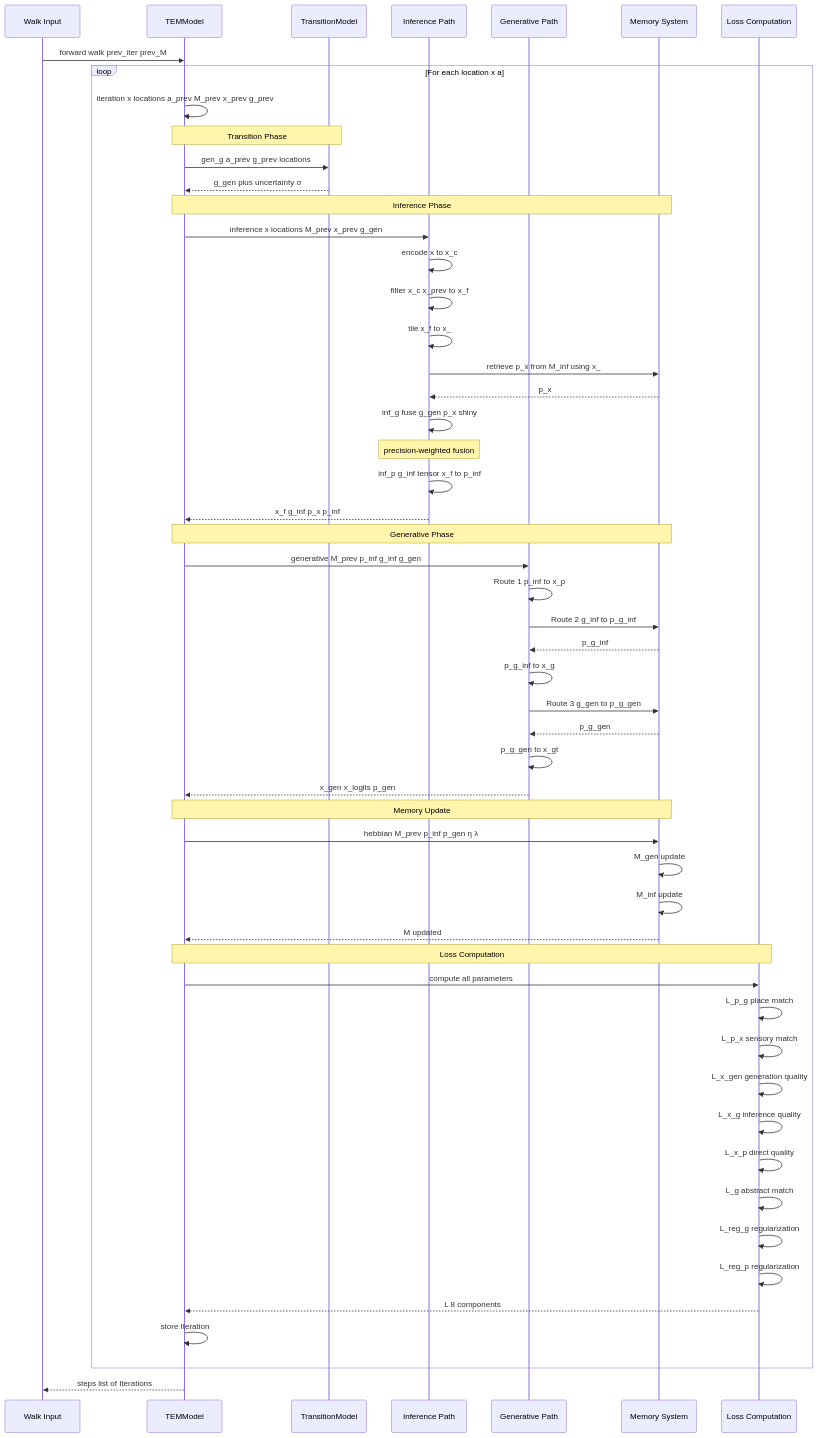
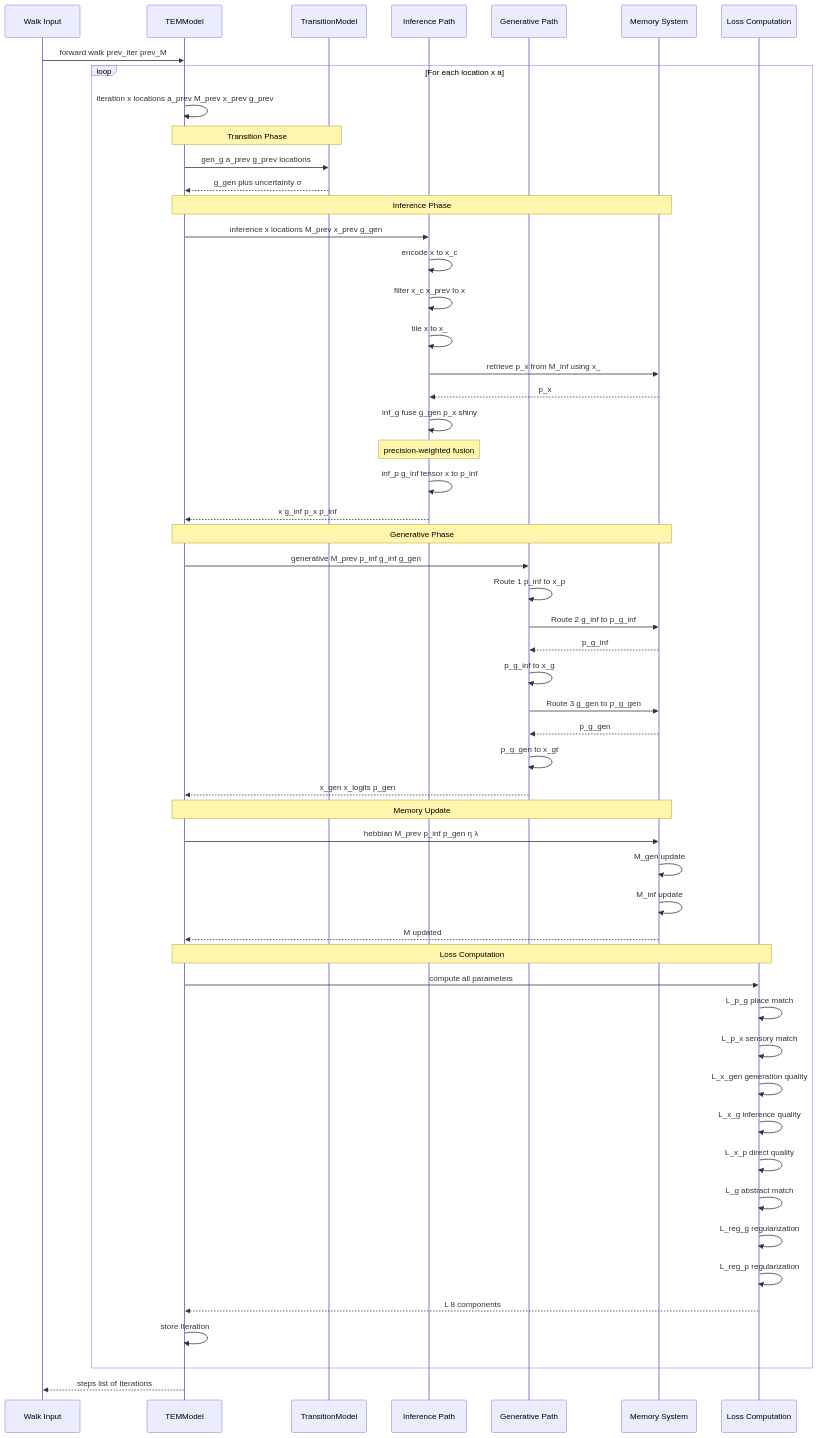
Before and after one commit to BorjaEst/tem: the diagram in docs/iteration_flow.mmd, drawn with Mermaid. The commit also changed 39 other files, not shown here.

```diff
--- a/docs/iteration_flow.mmd
+++ b/docs/iteration_flow.mmd
@@ -1,64 +1,64 @@
 %% TEM Single Iteration Data Flow
 sequenceDiagram
     participant Walk as Walk Input
     participant TEMModel as TEMModel
     participant Trans as TransitionModel
     participant Inf as Inference Path
     participant Gen as Generative Path
     participant Mem as Memory System
     participant Loss as Loss Computation
     
     Walk->>TEMModel: forward walk prev_iter prev_M
     
     loop For each location x a
         TEMModel->>TEMModel: iteration x locations a_prev M_prev x_prev g_prev
         
         Note over TEMModel,Trans: Transition Phase
         TEMModel->>Trans: gen_g a_prev g_prev locations
         Trans-->>TEMModel: g_gen plus uncertainty σ
         
         Note over TEMModel,Mem: Inference Phase
         TEMModel->>Inf: inference x locations M_prev x_prev g_gen
         Inf->>Inf: encode x to x_c
-        Inf->>Inf: filter x_c x_prev to x_f
-        Inf->>Inf: tile x_f to x_
+        Inf->>Inf: filter x_c x_prev to x
+        Inf->>Inf: tile x to x_
         Inf->>Mem: retrieve p_x from M_inf using x_
         Mem-->>Inf: p_x
         Inf->>Inf: inf_g fuse g_gen p_x shiny
         Note over Inf: precision-weighted fusion
-        Inf->>Inf: inf_p g_inf tensor x_f to p_inf
-        Inf-->>TEMModel: x_f g_inf p_x p_inf
+        Inf->>Inf: inf_p g_inf tensor x to p_inf
+        Inf-->>TEMModel: x g_inf p_x p_inf
         
         Note over TEMModel,Mem: Generative Phase
         TEMModel->>Gen: generative M_prev p_inf g_inf g_gen
         Gen->>Gen: Route 1 p_inf to x_p
         Gen->>Mem: Route 2 g_inf to p_g_inf
         Mem-->>Gen: p_g_inf
         Gen->>Gen: p_g_inf to x_g
         Gen->>Mem: Route 3 g_gen to p_g_gen
         Mem-->>Gen: p_g_gen
         Gen->>Gen: p_g_gen to x_gt
         Gen-->>TEMModel: x_gen x_logits p_gen
         
         Note over TEMModel,Mem: Memory Update
         TEMModel->>Mem: hebbian M_prev p_inf p_gen η λ
         Mem->>Mem: M_gen update
         Mem->>Mem: M_inf update
         Mem-->>TEMModel: M updated
         
         Note over TEMModel,Loss: Loss Computation
         TEMModel->>Loss: compute all parameters
         Loss->>Loss: L_p_g place match
         Loss->>Loss: L_p_x sensory match
         Loss->>Loss: L_x_gen generation quality
         Loss->>Loss: L_x_g inference quality
         Loss->>Loss: L_x_p direct quality
         Loss->>Loss: L_g abstract match
         Loss->>Loss: L_reg_g regularization
         Loss->>Loss: L_reg_p regularization
         Loss-->>TEMModel: L 8 components
         
         TEMModel->>TEMModel: store Iteration
     end
     
     TEMModel-->>Walk: steps list of Iterations
```
